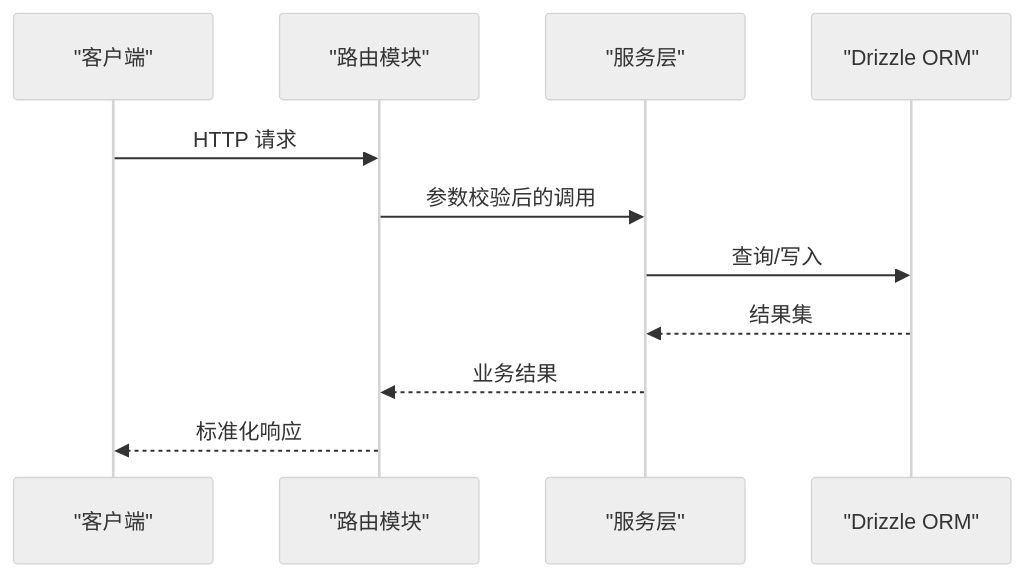
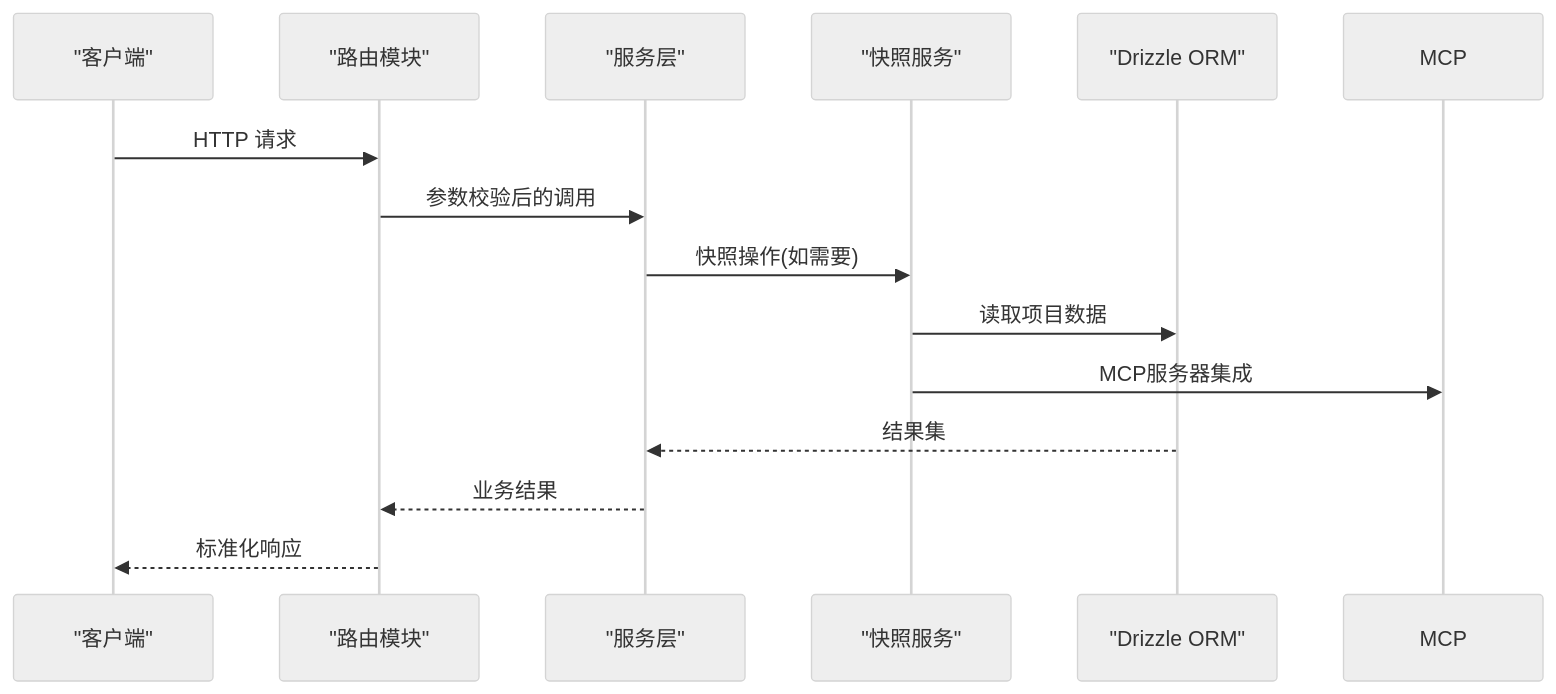
Before and after one commit to kai-cui1/ai-prototype-manager: the ninth of 12 diagrams in .qoder/repowiki/zh/content/后端开发/后端开发.md, drawn with Mermaid (neutral theme). The commit also changed other lines of this file and 295 other files, not shown here.

````diff
--- a/.qoder/repowiki/zh/content/后端开发/后端开发.md
+++ b/.qoder/repowiki/zh/content/后端开发/后端开发.md
@@ -355,13 +384,16 @@
 ```mermaid
 sequenceDiagram
 participant Client as "客户端"
 participant Router as "路由模块"
 participant Service as "服务层"
+participant SnapshotSvc as "快照服务"
 participant DB as "Drizzle ORM"
 Client->>Router : HTTP 请求
 Router->>Service : 参数校验后的调用
-Service->>DB : 查询/写入
+Service->>SnapshotSvc : 快照操作(如需要)
+SnapshotSvc->>DB : 读取项目数据
+SnapshotSvc->>MCP : MCP服务器集成
 DB-->>Service : 结果集
 Service-->>Router : 业务结果
 Router-->>Client : 标准化响应
 ```
````
